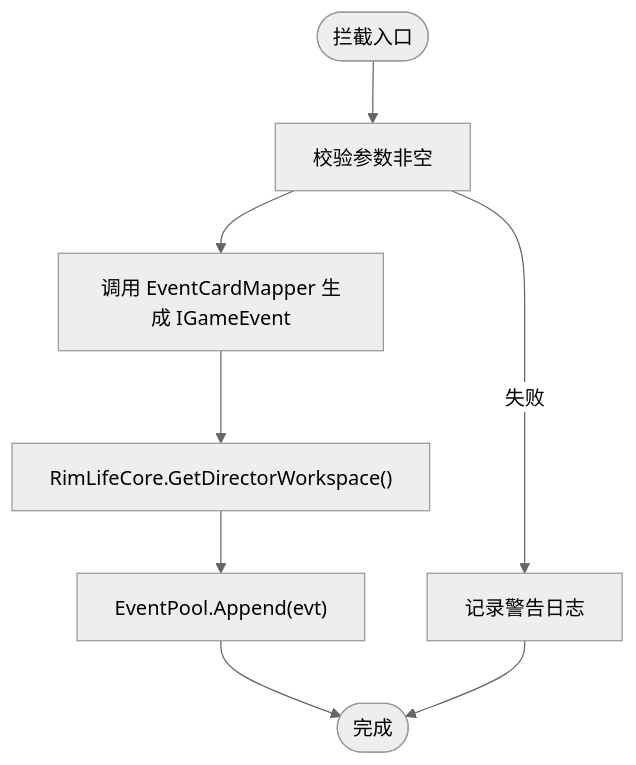
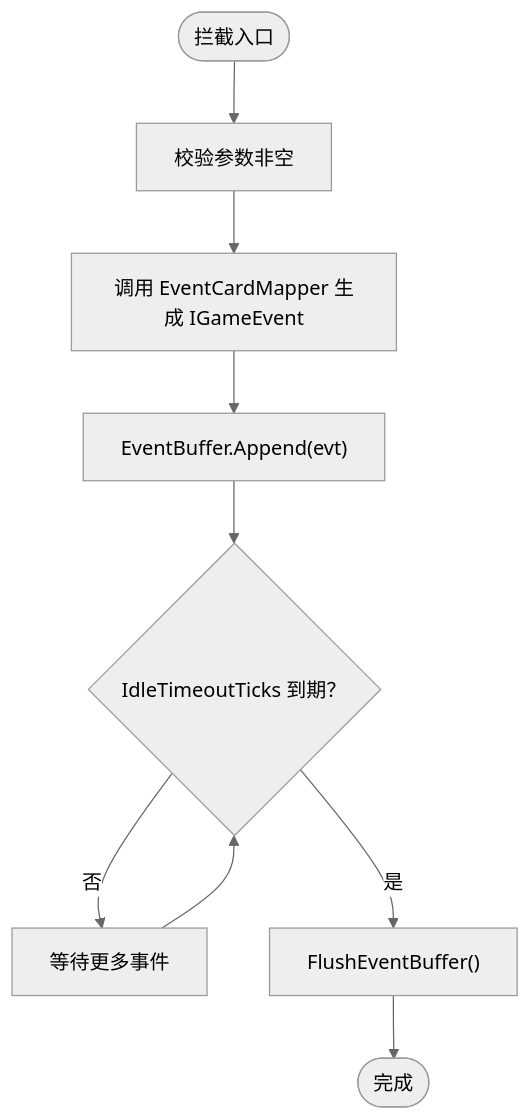
Before and after one commit to suzvka/RimLife: the third of 10 diagrams in .qoder/repowiki/zh/content/核心架构设计/事件系统集成.md, drawn with Mermaid (neutral theme). The commit also changed other lines of this file and 31 other files, not shown here.

````diff
--- a/.qoder/repowiki/zh/content/核心架构设计/事件系统集成.md
+++ b/.qoder/repowiki/zh/content/核心架构设计/事件系统集成.md
@@ -150,9 +188,11 @@
 ```mermaid
 flowchart TD
 Start(["拦截入口"]) --> CheckArgs["校验参数非空"]
 CheckArgs --> CallMapper["调用 EventCardMapper 生成 IGameEvent"]
-CallMapper --> GetWS["RimLifeCore.GetDirectorWorkspace()"]
-GetWS --> AppendPool["EventPool.Append(evt)"]
-AppendPool --> End(["完成"])
-CheckArgs --> |失败| Warn["记录警告日志"] --> End
+CallMapper --> AppendBuffer["EventBuffer.Append(evt)"]
+AppendBuffer --> CheckTimeout{"IdleTimeoutTicks 到期？"}
+CheckTimeout --> |否| Wait["等待更多事件"]
+CheckTimeout --> |是| Flush["FlushEventBuffer()"]
+Wait --> CheckTimeout
+Flush --> End(["完成"])
 ```
````
